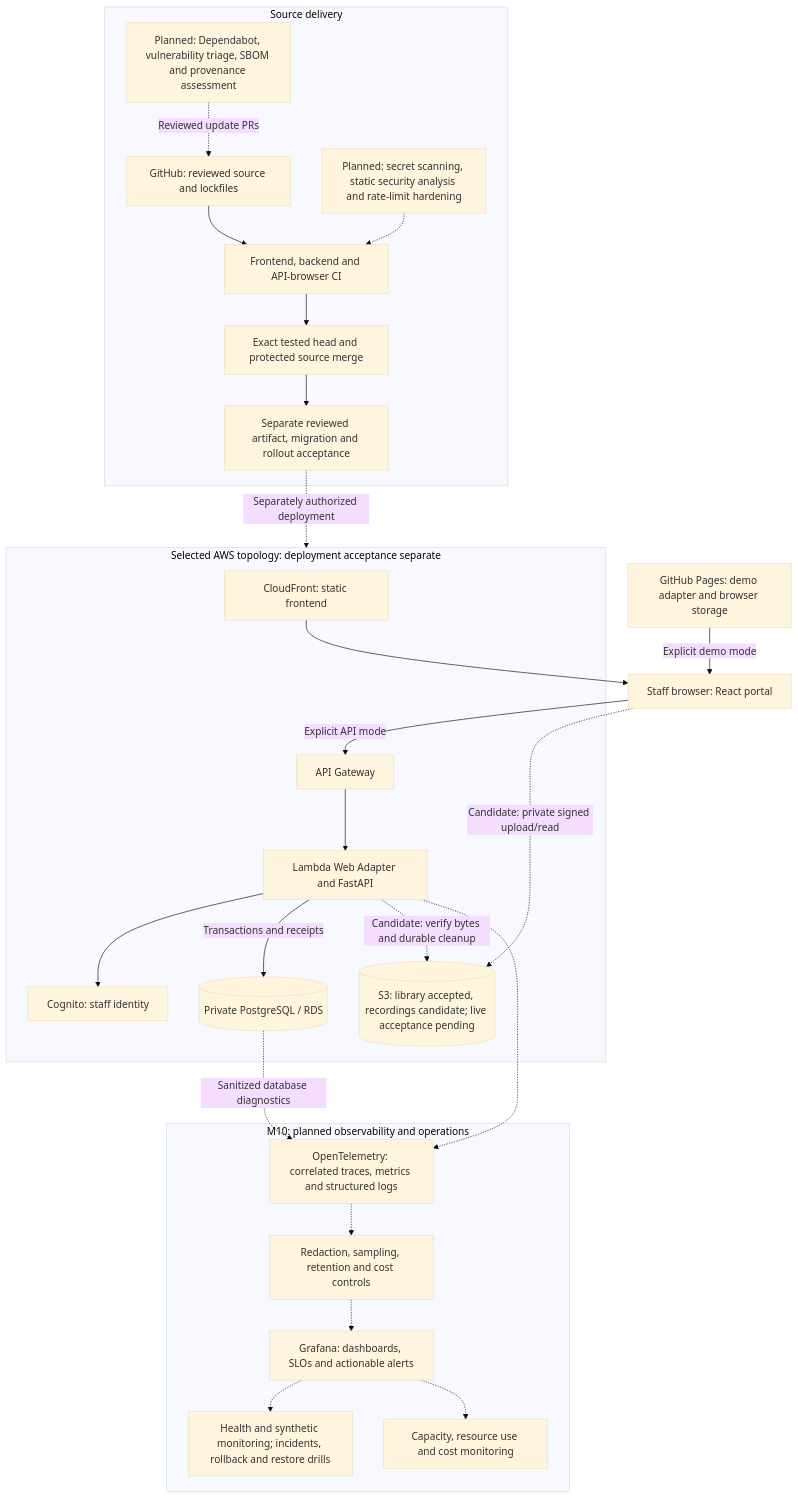
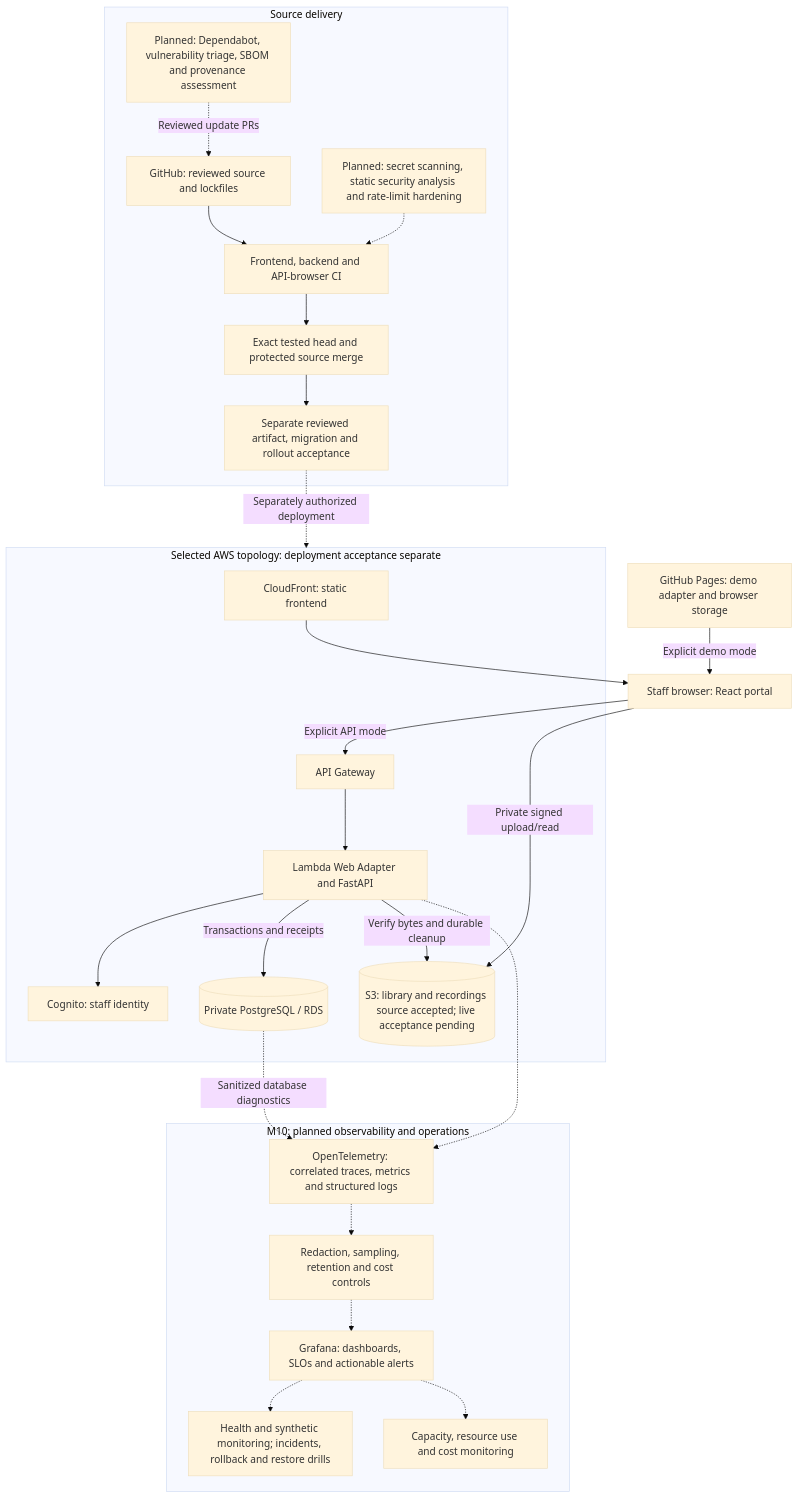
One commit to LimYouSheng/FitfinityReact changed the first of 3 diagrams in docs/Architecture/diagram.md. Above: the diagram before and after it, drawn with Mermaid (base theme). The commit also changed 57 other files, not shown here.

````diff
--- a/docs/Architecture/diagram.md
+++ b/docs/Architecture/diagram.md
@@ -9,45 +9,45 @@
 ```mermaid
 flowchart TB
   Staff["Staff browser: React portal"]
   Pages["GitHub Pages: demo adapter and browser storage"]
   subgraph AWS["Selected AWS topology: deployment acceptance separate"]
     Assets["CloudFront: static frontend"]
     Gateway["API Gateway"]
     App["Lambda Web Adapter and FastAPI"]
     Identity["Cognito: staff identity"]
     DB[("Private PostgreSQL / RDS")]
-    Media[("S3: library accepted, recordings candidate; live acceptance pending")]
+    Media[("S3: library and recordings source accepted; live acceptance pending")]
   end
   subgraph Delivery["Source delivery"]
     Repo["GitHub: reviewed source and lockfiles"]
     CI["Frontend, backend and API-browser CI"]
     Merge["Exact tested head and protected source merge"]
     Release["Separate reviewed artifact, migration and rollout acceptance"]
     Supply["Planned: Dependabot, vulnerability triage, SBOM and provenance assessment"]
     Security["Planned: secret scanning, static security analysis and rate-limit hardening"]
   end
   subgraph Operations["M10: planned observability and operations"]
     OTel["OpenTelemetry: correlated traces, metrics and structured logs"]
     Privacy["Redaction, sampling, retention and cost controls"]
     Grafana["Grafana: dashboards, SLOs and actionable alerts"]
     Ops["Health and synthetic monitoring; incidents, rollback and restore drills"]
     Capacity["Capacity, resource use and cost monitoring"]
   end
   Assets --> Staff
   Pages -->|"Explicit demo mode"| Staff
   Staff -->|"Explicit API mode"| Gateway
   Gateway --> App
   App --> Identity
   App -->|"Transactions and receipts"| DB
-  Staff -.->|"Candidate: private signed upload/read"| Media
-  App -.->|"Candidate: verify bytes and durable cleanup"| Media
+  Staff -->|"Private signed upload/read"| Media
+  App -->|"Verify bytes and durable cleanup"| Media
   Repo --> CI --> Merge --> Release
   Release -.->|"Separately authorized deployment"| AWS
   Supply -.->|"Reviewed update PRs"| Repo
   Security -.-> CI
   App -.-> OTel
   DB -.->|"Sanitized database diagnostics"| OTel
   OTel -.-> Privacy -.-> Grafana
   Grafana -.-> Ops
   Grafana -.-> Capacity
 ```
````
